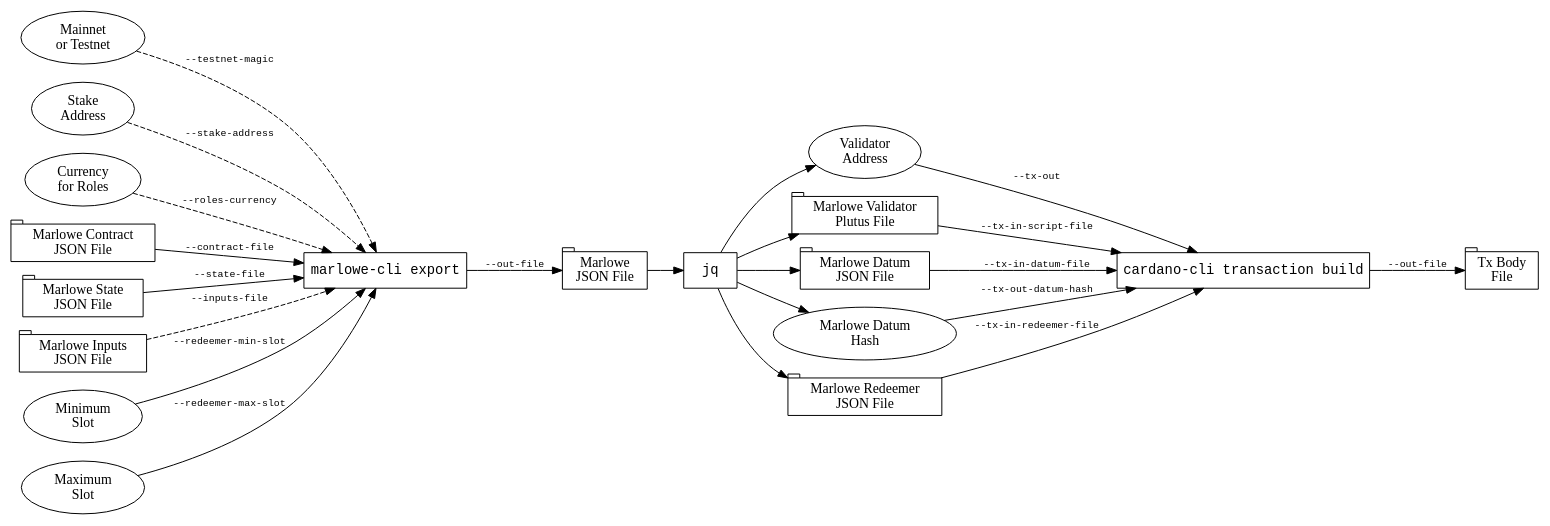
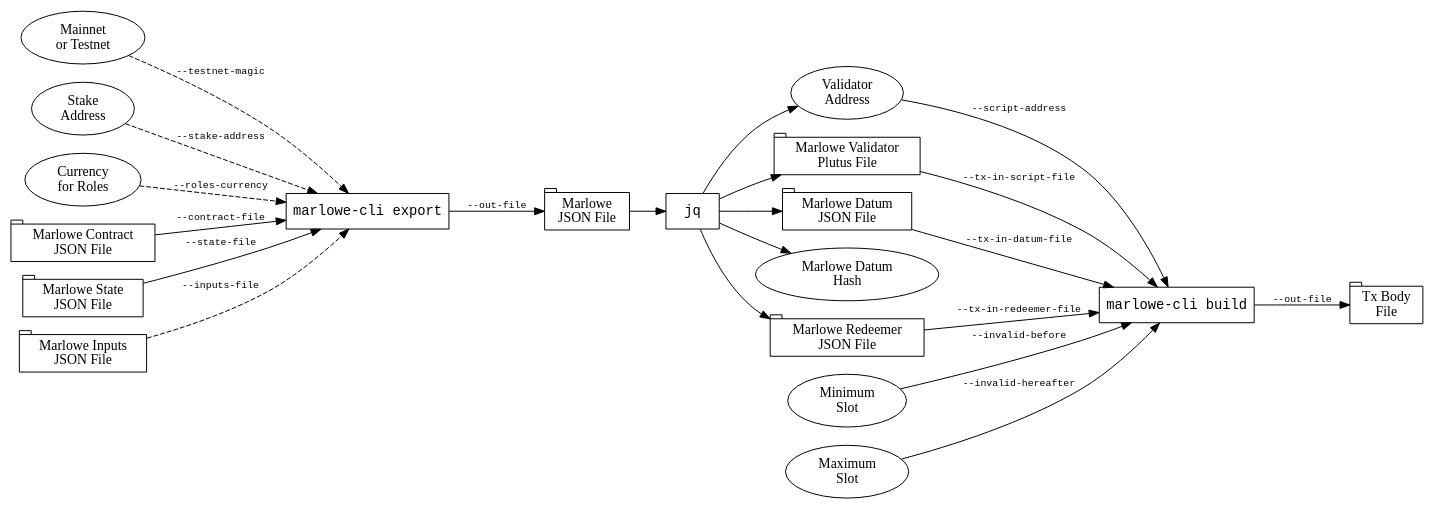
One commit to input-output-hk/marlowe-cardano changed the diagram in marlowe/cli-doc/diagrams/workflow-jq.dot. Above: the diagram before and after it, drawn with Graphviz. The commit also changed 21 other files, not shown here.

```diff
--- a/marlowe/cli-doc/diagrams/workflow-jq.dot
+++ b/marlowe/cli-doc/diagrams/workflow-jq.dot
@@ -1,66 +1,65 @@
 digraph {
 
 rankdir=LR
 
 
 Network       [label="Mainnet\nor Testnet"]
 StakeAddress  [label="Stake\nAddress"     ]
 RolesCurrency [label="Currency\nfor Roles"]
 
 ContractFile  [label="Marlowe Contract\nJSON File", shape=tab]
 StateFile     [label="Marlowe State\nJSON File"   , shape=tab]
 
 InputsFile    [label="Marlowe Inputs\nJSON File", shape=tab]
 MinSlot       [label="Minimum\nSlot"]
 MaxSlot       [label="Maximum\nSlot"]
 
 
 ExportCommand [label="marlowe-cli export", shape=box, fontname=monospace]
 
 Network       -> ExportCommand [label="--testnet-magic"    , fontname=monospace, fontsize=10, style=dashed]
 StakeAddress  -> ExportCommand [label="--stake-address"    , fontname=monospace, fontsize=10, style=dashed]
 RolesCurrency -> ExportCommand [label="--roles-currency"   , fontname=monospace, fontsize=10, style=dashed]
 ContractFile  -> ExportCommand [label="--contract-file"    , fontname=monospace, fontsize=10]
 StateFile     -> ExportCommand [label="--state-file"       , fontname=monospace, fontsize=10]
 InputsFile    -> ExportCommand [label="--inputs-file"      , fontname=monospace, fontsize=10, style=dashed]
-MinSlot       -> ExportCommand [label="--redeemer-min-slot", fontname=monospace, fontsize=10]
-MaxSlot       -> ExportCommand [label="--redeemer-max-slot", fontname=monospace, fontsize=10]
 
 
 MarloweFile [label="Marlowe\nJSON File", shape=tab]
 
 ExportCommand -> MarloweFile [label="--out-file", fontname=monospace, fontsize=10]
 
 
 JQ [label="jq", shape=box, fontname=monospace]
 
 MarloweFile -> JQ
 
 
 ValidatorAddress [label="Validator\nAddress"                       ]
 ValidatorFile    [label="Marlowe Validator\nPlutus File", shape=tab]
 DatumFile        [label="Marlowe Datum\nJSON File"      , shape=tab]
 DatumHash        [label="Marlowe Datum\nHash"                      ]
 RedeemerFile     [label="Marlowe Redeemer\nJSON File"   , shape=tab]
 
 JQ -> ValidatorAddress
 JQ -> ValidatorFile
 JQ -> DatumFile
 JQ -> DatumHash
 JQ -> RedeemerFile
 
 
-CardanoCLI [label="cardano-cli transaction build", shape=box, fontname=monospace]
+CardanoCLI [label="marlowe-cli build", shape=box, fontname=monospace]
 
-ValidatorAddress -> CardanoCLI [label="--tx-out"             , fontname=monospace, fontsize=10]
+ValidatorAddress -> CardanoCLI [label="--script-address"     , fontname=monospace, fontsize=10]
 ValidatorFile    -> CardanoCLI [label="--tx-in-script-file"  , fontname=monospace, fontsize=10]
 DatumFile        -> CardanoCLI [label="--tx-in-datum-file"   , fontname=monospace, fontsize=10]
 RedeemerFile     -> CardanoCLI [label="--tx-in-redeemer-file", fontname=monospace, fontsize=10]
-DatumHash        -> CardanoCLI [label="--tx-out-datum-hash"  , fontname=monospace, fontsize=10]
+MinSlot          -> CardanoCLI [label="--invalid-before"     , fontname=monospace, fontsize=10]
+MaxSlot          -> CardanoCLI [label="--invalid-hereafter"  , fontname=monospace, fontsize=10]
 
 
 TxBodyFile [label="Tx Body\nFile", shape=tab]
 
 CardanoCLI -> TxBodyFile [label="--out-file", fontname=monospace, fontsize=10]
 
 }
```
